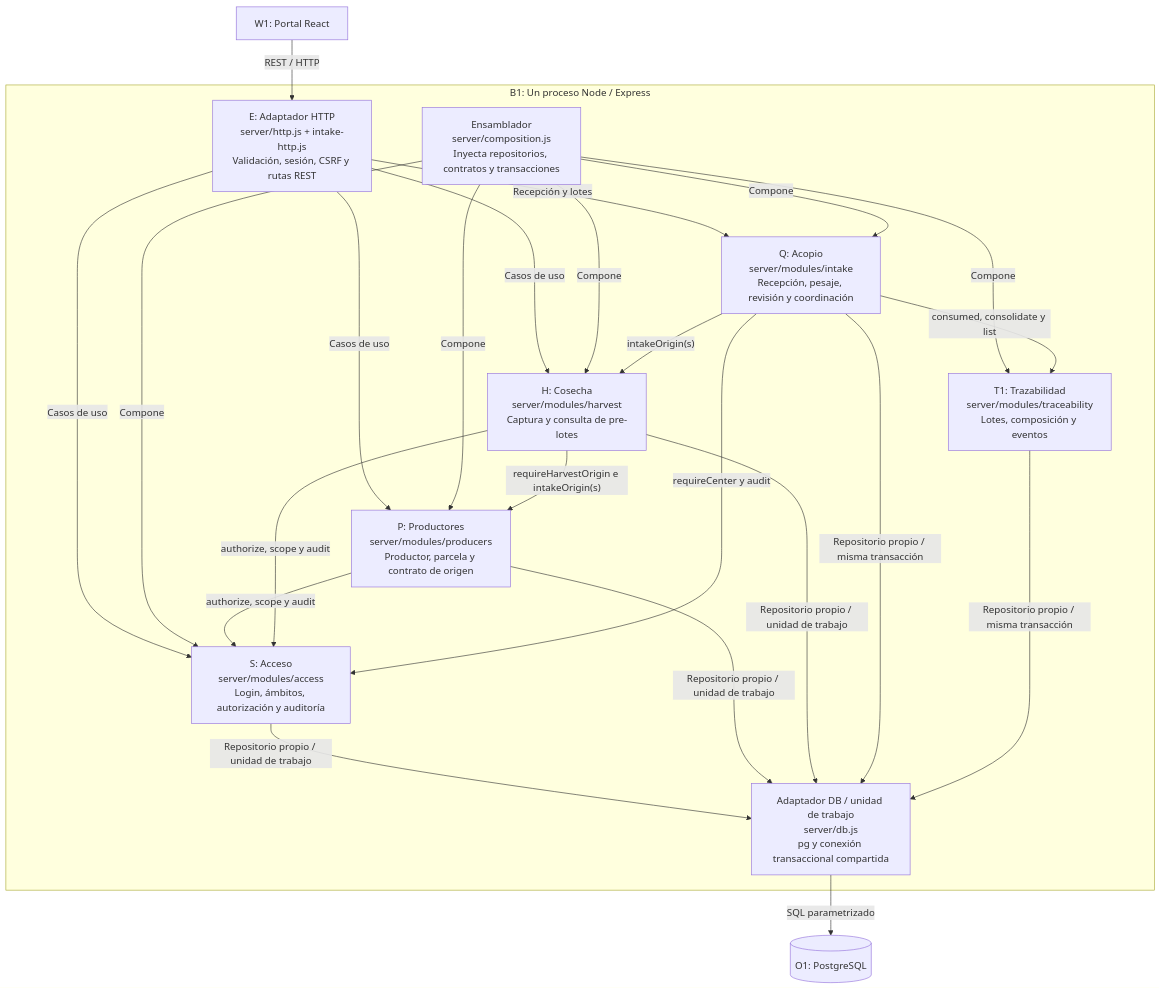
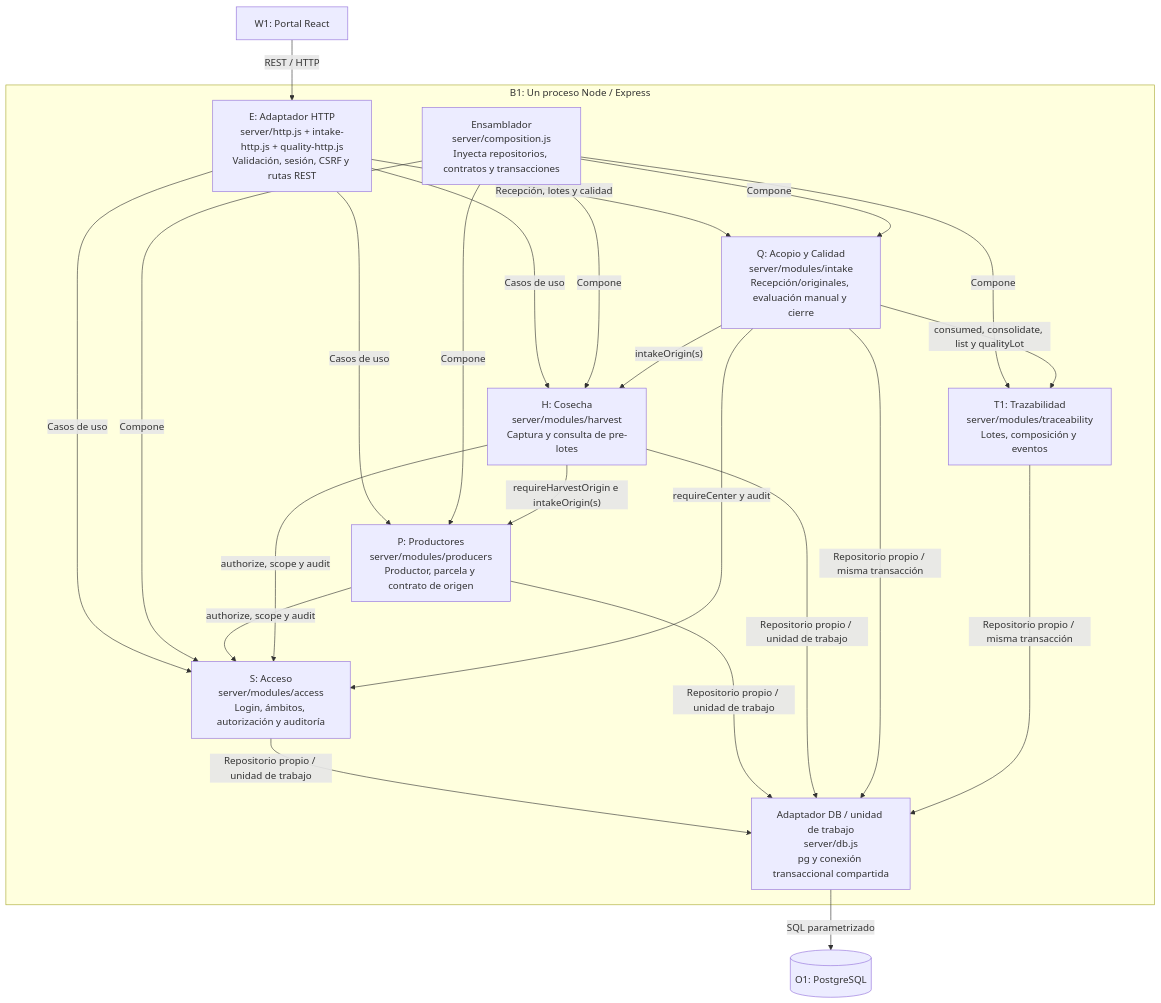
The third of 6 diagrams in docs/04-modelo-c4/modelo-c4.md (carlosgaraundo27-svg/Trazabilidad-Agricola-Arquitectura), drawn with Mermaid before and after one commit. The commit also changed other lines of this file and 26 other files, not shown here.

Commit message:
docs: documentar cierre obligatorio por recepción y RF-06 RF-07 parciales con evidencias

````diff
--- a/docs/04-modelo-c4/modelo-c4.md
+++ b/docs/04-modelo-c4/modelo-c4.md
@@ -52,37 +54,37 @@
 ```mermaid
 flowchart TB
   W1["W1: Portal React"]
   subgraph B1["B1: Un proceso Node / Express"]
-    E["E: Adaptador HTTP<br/>server/http.js + intake-http.js<br/>Validación, sesión, CSRF y rutas REST"]
+    E["E: Adaptador HTTP<br/>server/http.js + intake-http.js + quality-http.js<br/>Validación, sesión, CSRF y rutas REST"]
     ROOT["Ensamblador<br/>server/composition.js<br/>Inyecta repositorios, contratos y transacciones"]
     S["S: Acceso<br/>server/modules/access<br/>Login, ámbitos, autorización y auditoría"]
     P["P: Productores<br/>server/modules/producers<br/>Productor, parcela y contrato de origen"]
     H["H: Cosecha<br/>server/modules/harvest<br/>Captura y consulta de pre-lotes"]
-    Q["Q: Acopio<br/>server/modules/intake<br/>Recepción, pesaje, revisión y coordinación"]
+    Q["Q: Acopio y Calidad<br/>server/modules/intake<br/>Recepción/originales, evaluación manual y cierre"]
     T1["T1: Trazabilidad<br/>server/modules/traceability<br/>Lotes, composición y eventos"]
     DB["Adaptador DB / unidad de trabajo<br/>server/db.js<br/>pg y conexión transaccional compartida"]
   end
   O1[("O1: PostgreSQL")]
   W1 -->|"REST / HTTP"| E
   E -->|"Casos de uso"| S
   E -->|"Casos de uso"| P
   E -->|"Casos de uso"| H
-  E -->|"Recepción y lotes"| Q
+  E -->|"Recepción, lotes y calidad"| Q
   ROOT -->|"Compone"| S
   ROOT -->|"Compone"| P
   ROOT -->|"Compone"| H
   ROOT -->|"Compone"| Q
   ROOT -->|"Compone"| T1
   P -->|"authorize, scope y audit"| S
   H -->|"authorize, scope y audit"| S
   H -->|"requireHarvestOrigin e intakeOrigin(s)"| P
   Q -->|"requireCenter y audit"| S
   Q -->|"intakeOrigin(s)"| H
-  Q -->|"consumed, consolidate y list"| T1
+  Q -->|"consumed, consolidate, list y qualityLot"| T1
   S -->|"Repositorio propio / unidad de trabajo"| DB
   P -->|"Repositorio propio / unidad de trabajo"| DB
   H -->|"Repositorio propio / unidad de trabajo"| DB
   Q -->|"Repositorio propio / misma transacción"| DB
   T1 -->|"Repositorio propio / misma transacción"| DB
   DB -->|"SQL parametrizado"| O1
 ```
````
